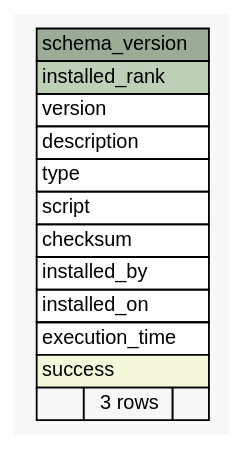
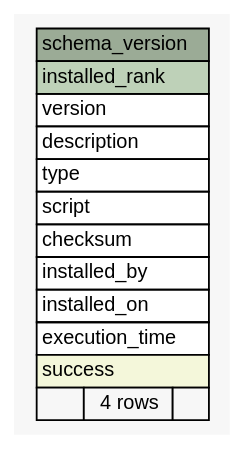
One commit to su-kun1899/schemaspy-plugin-sample changed the diagram in docs/diagrams/summary/schema_version.1degree.dot. Above: the diagram before and after it, drawn with Graphviz. The commit also changed 22 other files, not shown here.

Commit message:
Update schemaSpy html [ci skip]

```diff
--- a/docs/diagrams/summary/schema_version.1degree.dot
+++ b/docs/diagrams/summary/schema_version.1degree.dot
@@ -1,39 +1,39 @@
 // dot 2.26.3 on Linux 3.13.0-91-generic
 // SchemaSpy rev Unknown
 digraph "schema_version" {
   graph [
     rankdir="RL"
     bgcolor="#f7f7f7"
     nodesep="0.18"
     ranksep="0.46"
     fontname="Helvetica"
     fontsize="11"
   ];
   node [
     fontname="Helvetica"
     fontsize="11"
     shape="plaintext"
   ];
   edge [
     arrowsize="0.8"
   ];
   "schema_version" [
     label=<
     <TABLE BORDER="0" CELLBORDER="1" CELLSPACING="0" BGCOLOR="#ffffff">
       <TR><TD COLSPAN="3" BGCOLOR="#9bab96" ALIGN="CENTER">schema_version</TD></TR>
       <TR><TD PORT="installed_rank" COLSPAN="3" BGCOLOR="#bed1b8" ALIGN="LEFT">installed_rank</TD></TR>
       <TR><TD PORT="version" COLSPAN="3" ALIGN="LEFT">version</TD></TR>
       <TR><TD PORT="description" COLSPAN="3" ALIGN="LEFT">description</TD></TR>
       <TR><TD PORT="type" COLSPAN="3" ALIGN="LEFT">type</TD></TR>
       <TR><TD PORT="script" COLSPAN="3" ALIGN="LEFT">script</TD></TR>
       <TR><TD PORT="checksum" COLSPAN="3" ALIGN="LEFT">checksum</TD></TR>
       <TR><TD PORT="installed_by" COLSPAN="3" ALIGN="LEFT">installed_by</TD></TR>
       <TR><TD PORT="installed_on" COLSPAN="3" ALIGN="LEFT">installed_on</TD></TR>
       <TR><TD PORT="execution_time" COLSPAN="3" ALIGN="LEFT">execution_time</TD></TR>
       <TR><TD PORT="success" COLSPAN="3" BGCOLOR="#f4f7da" ALIGN="LEFT">success</TD></TR>
-      <TR><TD ALIGN="LEFT" BGCOLOR="#f7f7f7">  </TD><TD ALIGN="RIGHT" BGCOLOR="#f7f7f7">3 rows</TD><TD ALIGN="RIGHT" BGCOLOR="#f7f7f7">  </TD></TR>
+      <TR><TD ALIGN="LEFT" BGCOLOR="#f7f7f7">  </TD><TD ALIGN="RIGHT" BGCOLOR="#f7f7f7">4 rows</TD><TD ALIGN="RIGHT" BGCOLOR="#f7f7f7">  </TD></TR>
     </TABLE>>
     URL="tables/schema_version.html"
     tooltip="schema_version"
   ];
 }
```
